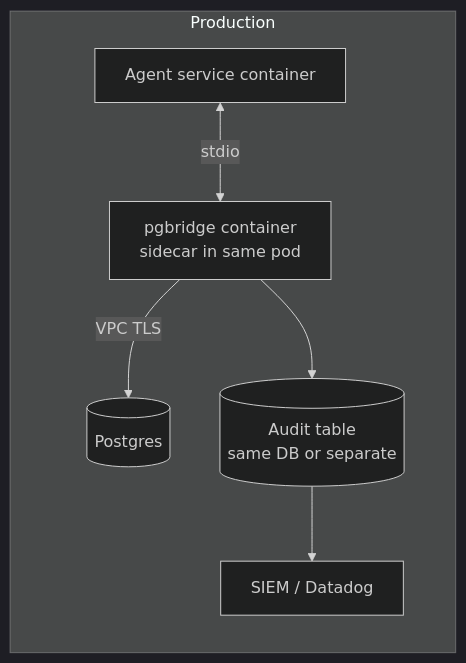
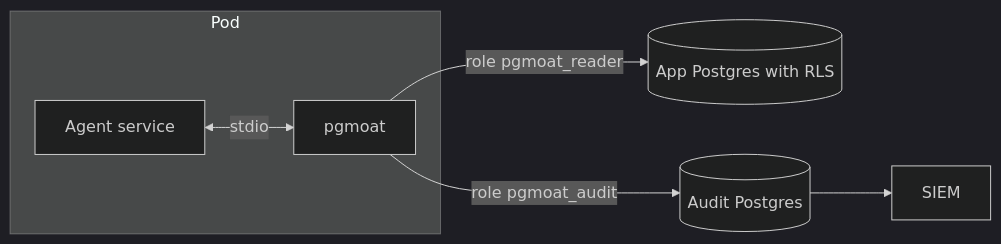
Diagram 11 of 14 in pgmoat-appflow.md (Kitalon-Labs-LLC/pgmoat), drawn with Mermaid (dark theme) before and after one commit. The commit also changed other lines of this file and 11 other files, not shown here.

````diff
--- a/pgmoat-appflow.md
+++ b/pgmoat-appflow.md
@@ -368,11 +298,9 @@
 ```mermaid
 flowchart LR
-    subgraph Production
-      Agent[Agent service container]
-      Pgbridge[pgbridge container<br/>sidecar in same pod]
-      Agent <-->|stdio| Pgbridge
-      Pgbridge -->|VPC TLS| PG[(Postgres)]
-      Pgbridge --> Audit[(Audit table<br/>same DB or separate)]
-      Audit --> SIEM[SIEM / Datadog]
+    subgraph Pod
+      AG[Agent service] <-->|stdio| PM[pgmoat]
     end
+    PM -->|role pgmoat_reader| DB[(App Postgres with RLS)]
+    PM -->|role pgmoat_audit| AU[(Audit Postgres)]
+    AU --> SIEM[SIEM]
 ```
````
